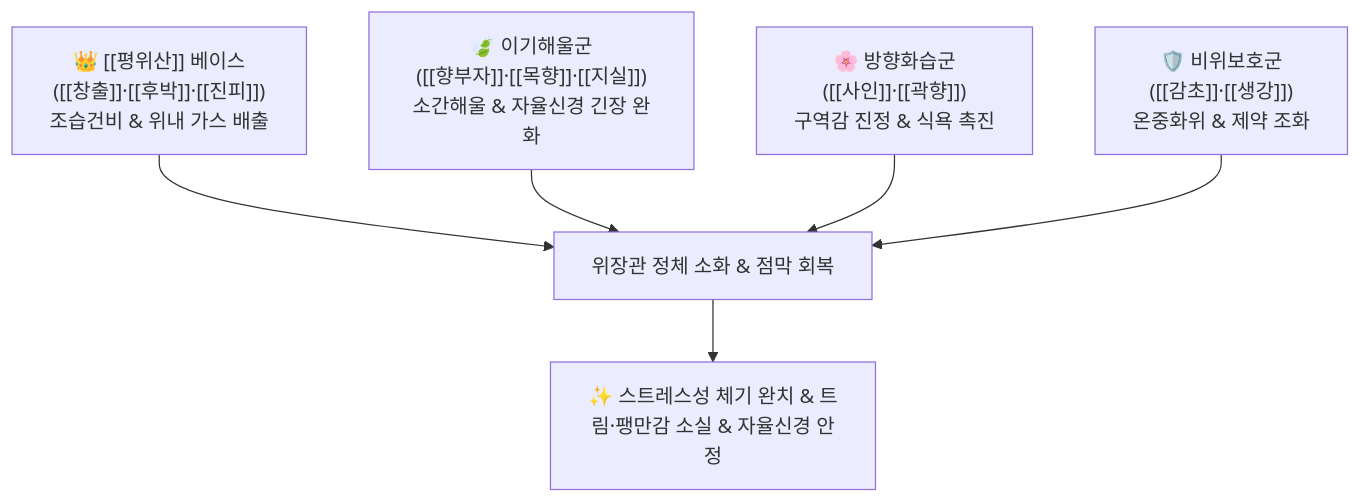
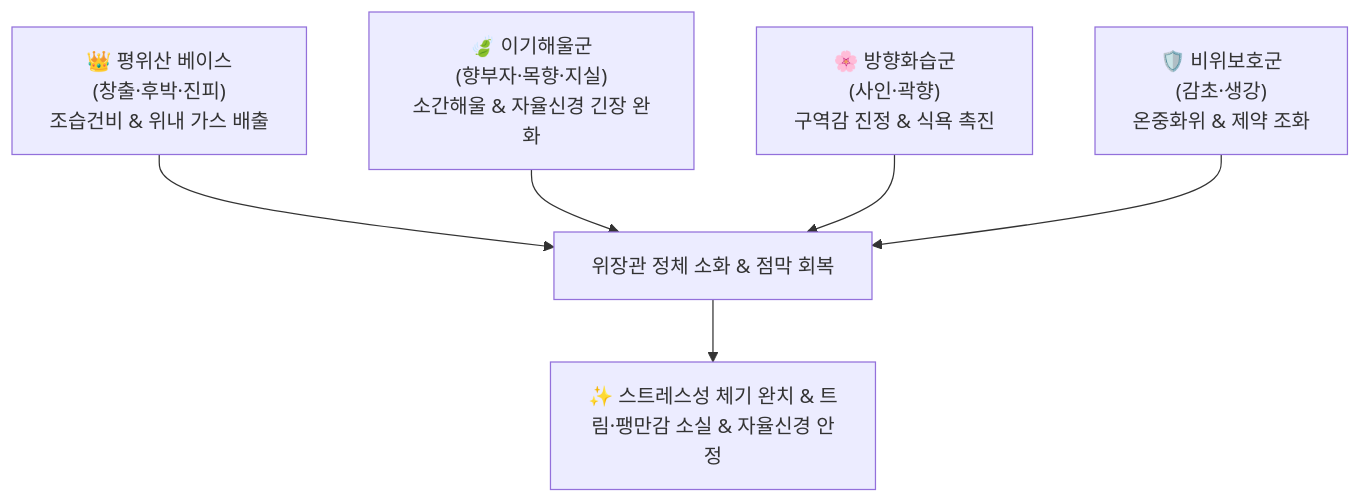
The diagram in content/2. 약리 공부/처방/03_화담·거습·이수제/향사평위산.md (simbio11/simbio-digital-garden2), drawn with Mermaid before and after one commit. The commit also changed other lines of this file and 122 other files, not shown here.

````diff
--- a/content/2. 약리 공부/처방/03_화담·거습·이수제/향사평위산.md
+++ b/content/2. 약리 공부/처방/03_화담·거습·이수제/향사평위산.md
@@ -59,8 +59,8 @@
 ```mermaid
 graph TD
-    PingWei["👑 [[평위산]] 베이스<br>([[창출]]·[[후박]]·[[진피]])<br>조습건비 & 위내 가스 배출"] --> Clear["위장관 정체 소화 & 점막 회복"]
-    Stress["🍃 이기해울군<br>([[향부자]]·[[목향]]·[[지실]])<br>소간해울 & 자율신경 긴장 완화"] --> Clear
-    Aroma["🌸 방향화습군<br>([[사인]]·[[곽향]])<br>구역감 진정 & 식욕 촉진"] --> Clear
-    Protect["🛡️ 비위보호군<br>([[감초]]·[[생강]])<br>온중화위 & 제약 조화"] --> Clear
+    PingWei["👑 평위산 베이스<br>(창출·후박·진피)<br>조습건비 & 위내 가스 배출"] --> Clear["위장관 정체 소화 & 점막 회복"]
+    Stress["🍃 이기해울군<br>(향부자·목향·지실)<br>소간해울 & 자율신경 긴장 완화"] --> Clear
+    Aroma["🌸 방향화습군<br>(사인·곽향)<br>구역감 진정 & 식욕 촉진"] --> Clear
+    Protect["🛡️ 비위보호군<br>(감초·생강)<br>온중화위 & 제약 조화"] --> Clear
     Clear --> Outcome["✨ 스트레스성 체기 완치 & 트림·팽만감 소실 & 자율신경 안정"]
 ```
````
